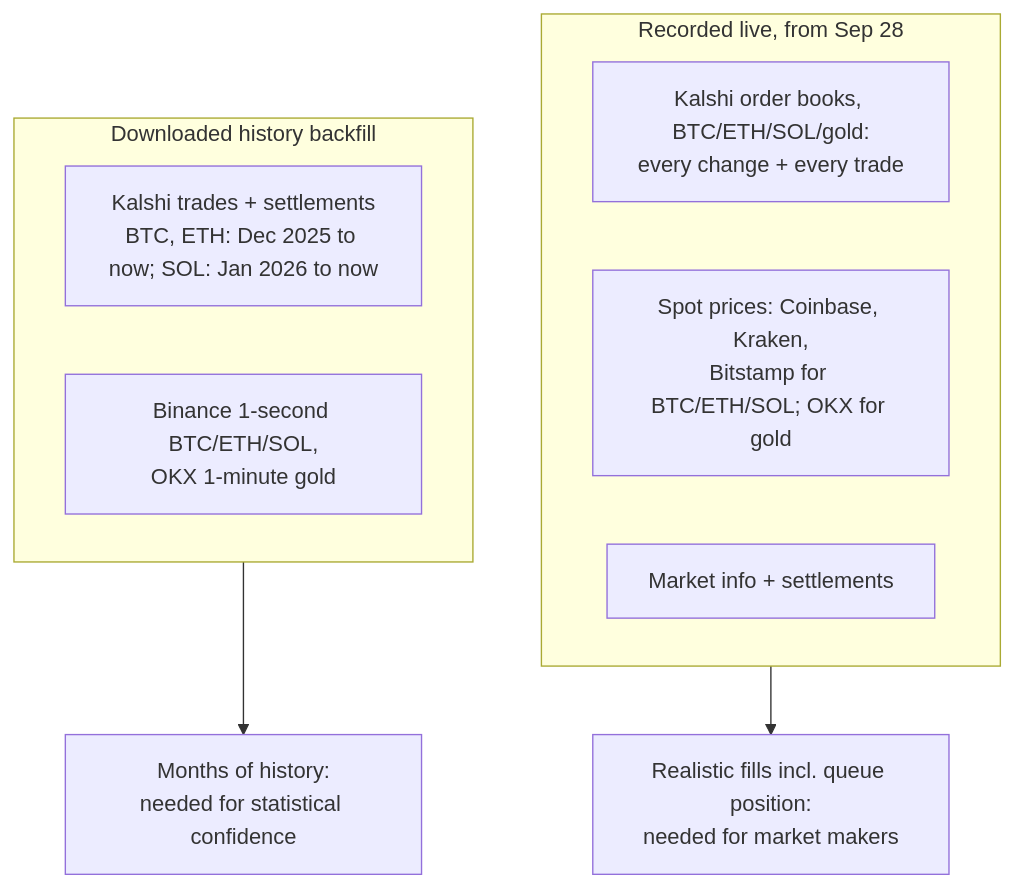
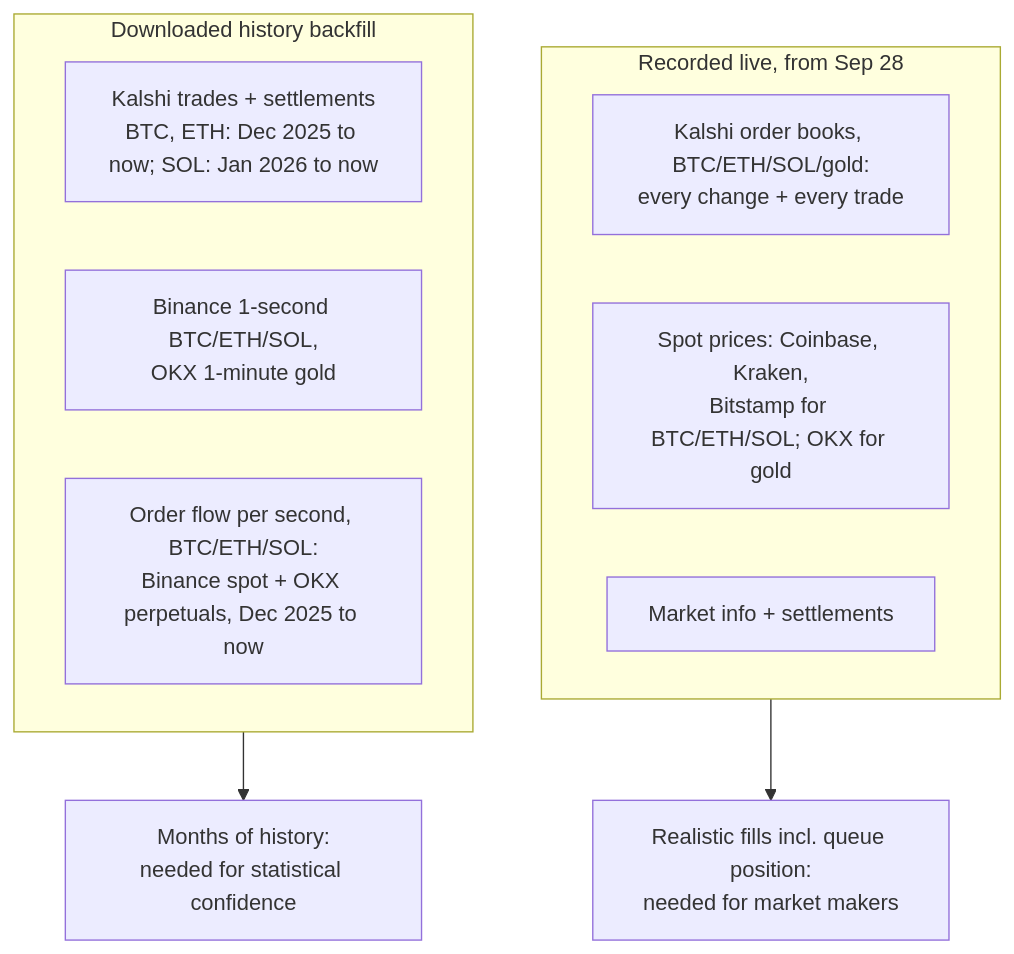
Before and after one commit to RishabKalluri/kalshi-lab: the second of 6 diagrams in SYSTEM.md, drawn with Mermaid. The commit also changed other lines of this file and 11 other files, not shown here.

First line of the commit message:
Order-flow history, ideas backlog, and commit the data package

````diff
--- a/SYSTEM.md
+++ b/SYSTEM.md
@@ -63,14 +63,15 @@
 ```mermaid
 flowchart TB
     subgraph LIVE[Recorded live, from Sep 28]
         B[Kalshi order books, BTC/ETH/SOL/gold:<br/>every change + every trade]
         S[Spot prices: Coinbase, Kraken,<br/>Bitstamp for BTC/ETH/SOL; OKX for gold]
         M[Market info + settlements]
     end
     subgraph PAST[Downloaded history backfill]
         T[Kalshi trades + settlements<br/>BTC, ETH: Dec 2025 to now; SOL: Jan 2026 to now]
         P[Binance 1-second BTC/ETH/SOL,<br/>OKX 1-minute gold]
+        F[Order flow per second, BTC/ETH/SOL:<br/>Binance spot + OKX perpetuals, Dec 2025 to now]
     end
     LIVE --> R1[Realistic fills incl. queue position:<br/>needed for market makers]
     PAST --> R2[Months of history:<br/>needed for statistical confidence]
 ```
````
